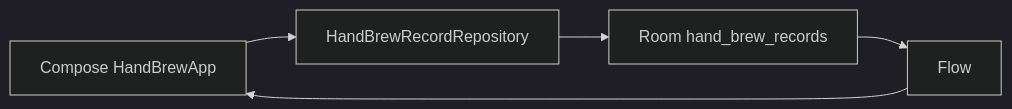
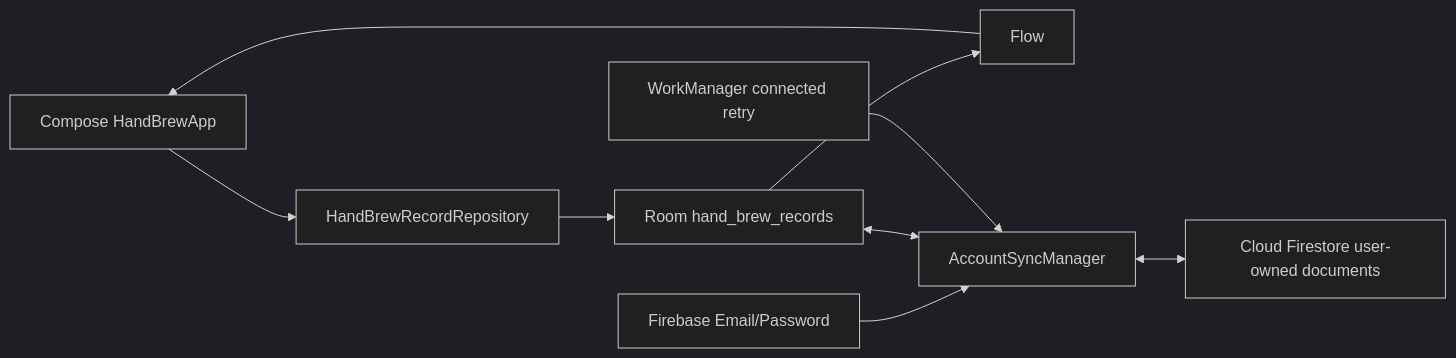
Before and after one commit to LitaoG/daily-record-app: the diagram in docs/ARCHITECTURE.md, drawn with Mermaid (dark theme). The commit also changed other lines of this file and 71 other files, not shown here.

Commit message:
feat: add secure account sync and hardening

````diff
--- a/docs/ARCHITECTURE.md
+++ b/docs/ARCHITECTURE.md
@@ -12,7 +13,11 @@
 ```mermaid
 flowchart LR
     UI[Compose HandBrewApp] --> REPO[HandBrewRecordRepository]
     REPO --> ROOM[Room hand_brew_records]
     ROOM --> FLOW[Flow]
     FLOW --> UI
+    AUTH[Firebase Email/Password] --> SYNC[AccountSyncManager]
+    ROOM <--> SYNC
+    SYNC <--> CLOUD[Cloud Firestore user-owned documents]
+    WORK[WorkManager connected retry] --> SYNC
 ```
````
